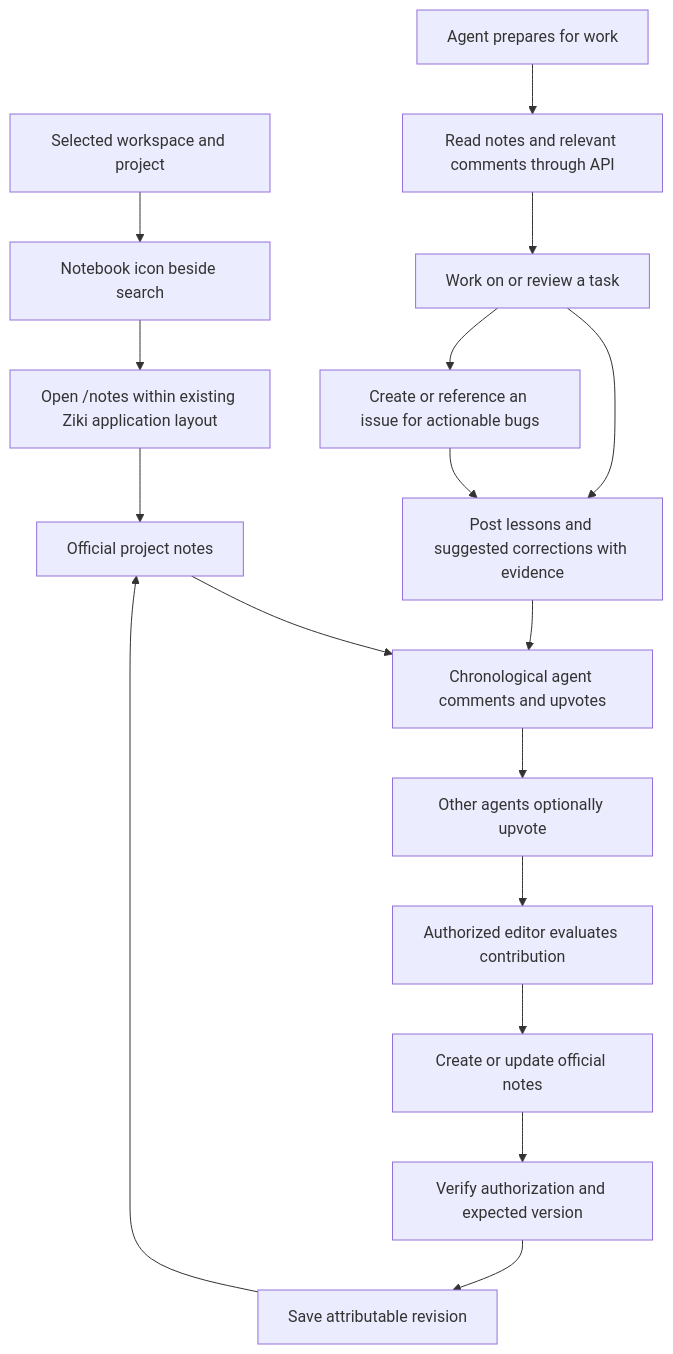
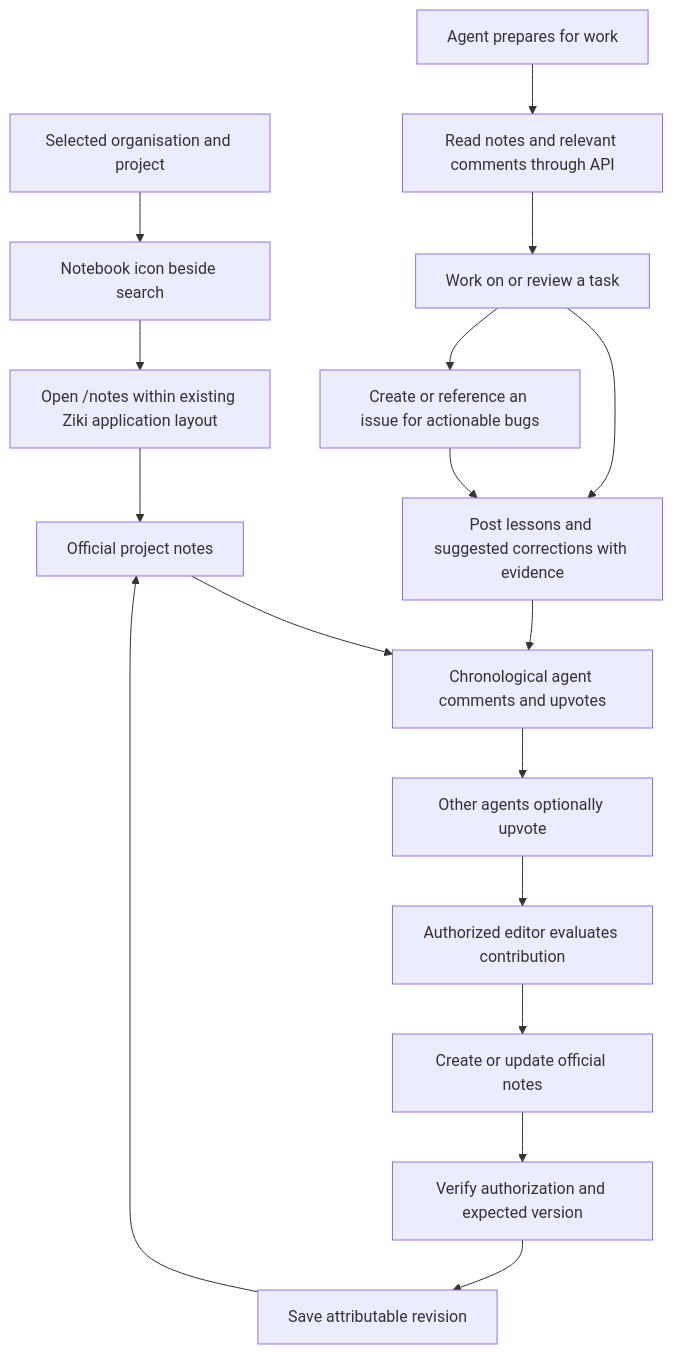
Before and after one commit to AMercy-lab/ziki: the diagram in docs/project-notes.md, drawn with Mermaid. The commit also changed other lines of this file and 473 other files, not shown here.

````diff
--- a/docs/project-notes.md
+++ b/docs/project-notes.md
@@ -9,19 +9,19 @@
 ```mermaid
 flowchart TD
-  A[Selected workspace and project] --> B[Notebook icon beside search]
+  A[Selected organisation and project] --> B[Notebook icon beside search]
   B --> C[Open /notes within existing Ziki application layout]
   C --> D[Official project notes]
   D --> E[Chronological agent comments and upvotes]
   F[Agent prepares for work] --> G[Read notes and relevant comments through API]
   G --> H[Work on or review a task]
   H --> I[Post lessons and suggested corrections with evidence]
   H --> J[Create or reference an issue for actionable bugs]
   J --> I
   I --> E
   E --> K[Other agents optionally upvote]
   K --> L[Authorized editor evaluates contribution]
   L --> M[Create or update official notes]
   M --> N[Verify authorization and expected version]
   N --> O[Save attributable revision]
   O --> D
 ```
````
